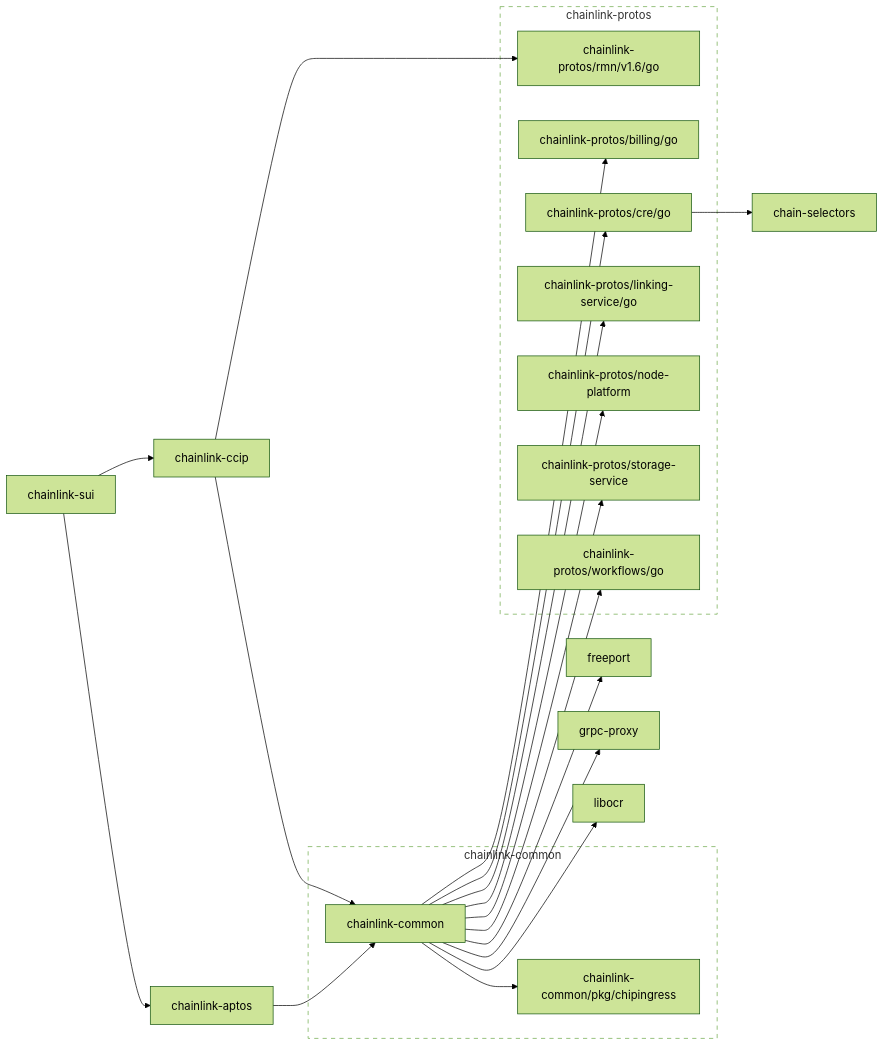
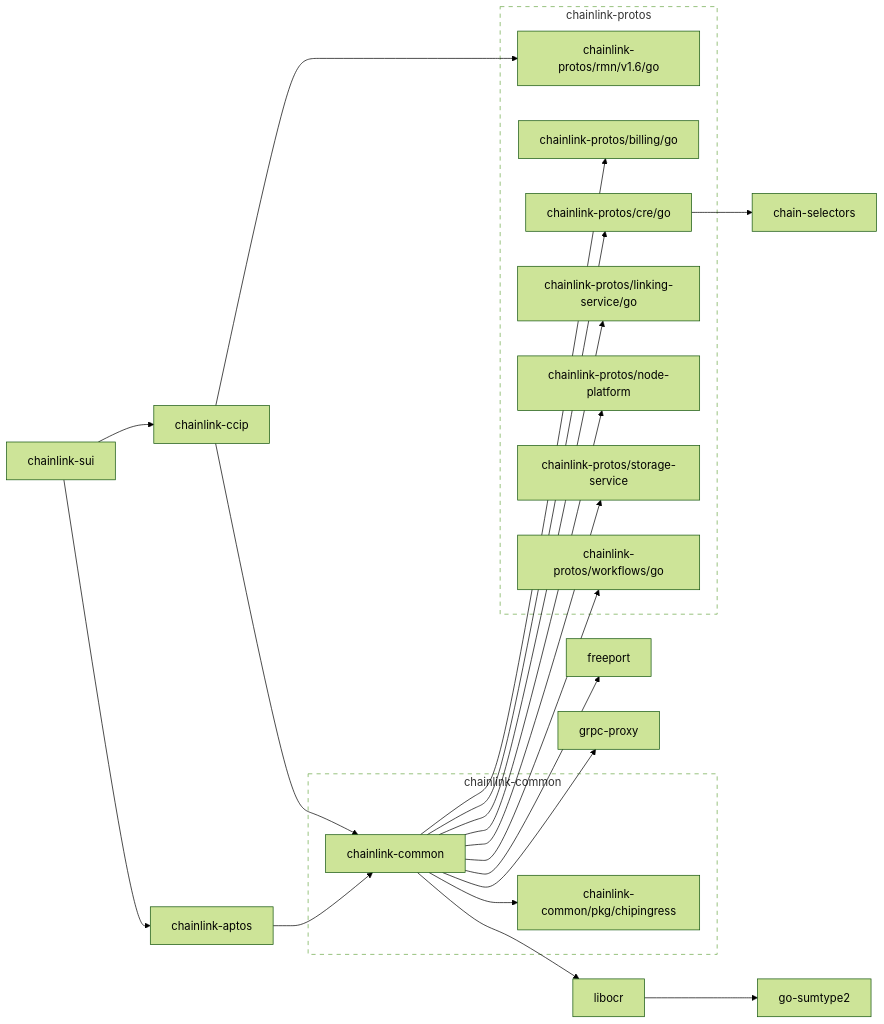
Before and after one commit to smartcontractkit/chainlink-sui: the first of 2 diagrams in go.md, drawn with Mermaid (forest theme). The commit also changed other lines of this file, not shown here.

Commit message:
update deps graph

````diff
--- a/go.md
+++ b/go.md
@@ -3,67 +3,69 @@
 ```mermaid
 flowchart LR
 
 	chain-selectors
 	click chain-selectors href "https://github.com/smartcontractkit/chain-selectors"
 	chainlink-aptos --> chainlink-common
 	click chainlink-aptos href "https://github.com/smartcontractkit/chainlink-aptos"
 	chainlink-ccip --> chainlink-common
 	chainlink-ccip --> chainlink-protos/rmn/v1.6/go
 	click chainlink-ccip href "https://github.com/smartcontractkit/chainlink-ccip"
 	chainlink-common --> chainlink-common/pkg/chipingress
 	chainlink-common --> chainlink-protos/billing/go
 	chainlink-common --> chainlink-protos/cre/go
 	chainlink-common --> chainlink-protos/linking-service/go
 	chainlink-common --> chainlink-protos/node-platform
 	chainlink-common --> chainlink-protos/storage-service
 	chainlink-common --> chainlink-protos/workflows/go
 	chainlink-common --> freeport
 	chainlink-common --> grpc-proxy
 	chainlink-common --> libocr
 	click chainlink-common href "https://github.com/smartcontractkit/chainlink-common"
 	chainlink-common/pkg/chipingress
 	click chainlink-common/pkg/chipingress href "https://github.com/smartcontractkit/chainlink-common"
 	chainlink-protos/billing/go
 	click chainlink-protos/billing/go href "https://github.com/smartcontractkit/chainlink-protos"
 	chainlink-protos/cre/go --> chain-selectors
 	click chainlink-protos/cre/go href "https://github.com/smartcontractkit/chainlink-protos"
 	chainlink-protos/linking-service/go
 	click chainlink-protos/linking-service/go href "https://github.com/smartcontractkit/chainlink-protos"
 	chainlink-protos/node-platform
 	click chainlink-protos/node-platform href "https://github.com/smartcontractkit/chainlink-protos"
 	chainlink-protos/rmn/v1.6/go
 	click chainlink-protos/rmn/v1.6/go href "https://github.com/smartcontractkit/chainlink-protos"
 	chainlink-protos/storage-service
 	click chainlink-protos/storage-service href "https://github.com/smartcontractkit/chainlink-protos"
 	chainlink-protos/workflows/go
 	click chainlink-protos/workflows/go href "https://github.com/smartcontractkit/chainlink-protos"
 	chainlink-sui --> chainlink-aptos
 	chainlink-sui --> chainlink-ccip
 	click chainlink-sui href "https://github.com/smartcontractkit/chainlink-sui"
 	freeport
 	click freeport href "https://github.com/smartcontractkit/freeport"
+	go-sumtype2
+	click go-sumtype2 href "https://github.com/smartcontractkit/go-sumtype2"
 	grpc-proxy
 	click grpc-proxy href "https://github.com/smartcontractkit/grpc-proxy"
-	libocr
+	libocr --> go-sumtype2
 	click libocr href "https://github.com/smartcontractkit/libocr"
 
 	subgraph chainlink-common-repo[chainlink-common]
 		 chainlink-common
 		 chainlink-common/pkg/chipingress
 	end
 	click chainlink-common-repo href "https://github.com/smartcontractkit/chainlink-common"
 
 	subgraph chainlink-protos-repo[chainlink-protos]
 		 chainlink-protos/billing/go
 		 chainlink-protos/cre/go
 		 chainlink-protos/linking-service/go
 		 chainlink-protos/node-platform
 		 chainlink-protos/rmn/v1.6/go
 		 chainlink-protos/storage-service
 		 chainlink-protos/workflows/go
 	end
 	click chainlink-protos-repo href "https://github.com/smartcontractkit/chainlink-protos"
 
 	classDef outline stroke-dasharray:6,fill:none;
 	class chainlink-common-repo,chainlink-protos-repo outline
 ```
````
